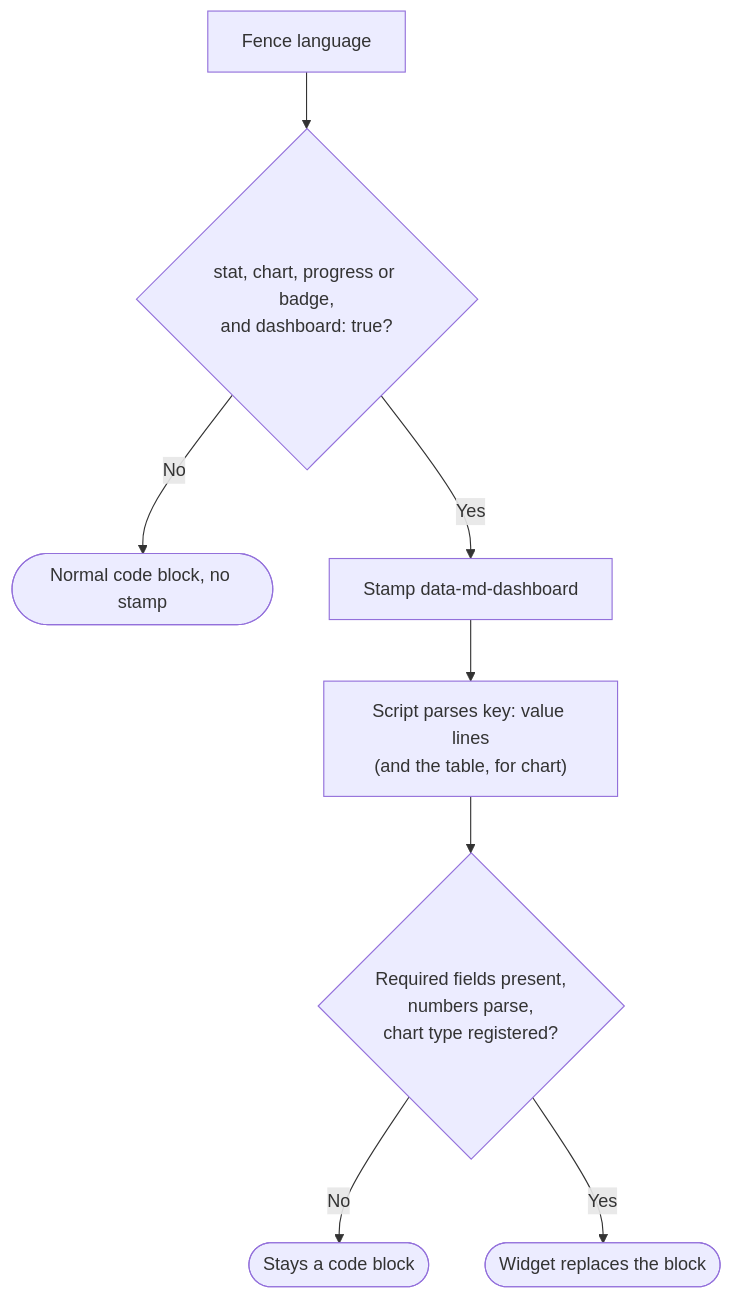
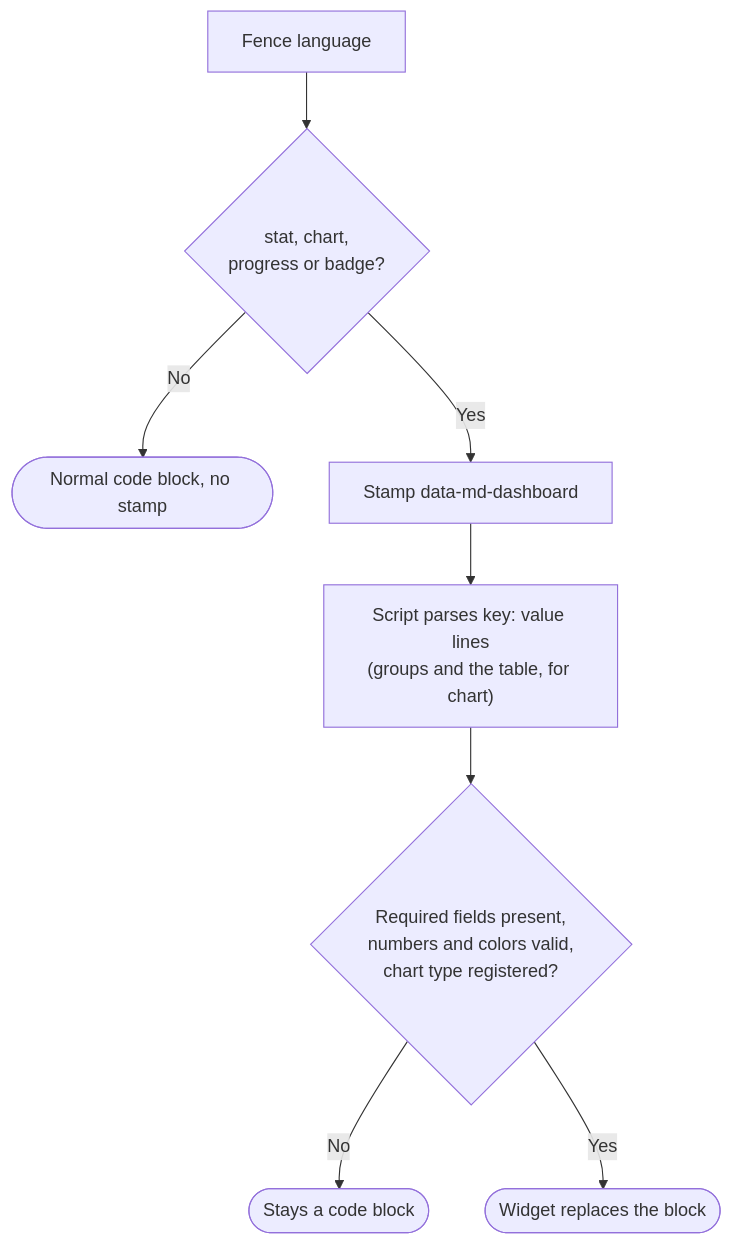
The fifth of 5 diagrams in docs/features/markdown-dashboard.md (bluzky/daisy-app), drawn with Mermaid before and after one commit. The commit also changed other lines of this file and 10 other files, not shown here.

First line of the commit message:
Add ring progress and a value text template

````diff
--- a/docs/features/markdown-dashboard.md
+++ b/docs/features/markdown-dashboard.md
@@ -221,10 +257,10 @@
 ```mermaid
 flowchart TD
-    A["Fence language"] --> B{"stat, chart, progress or badge,<br/>and dashboard: true?"}
+    A["Fence language"] --> B{"stat, chart,<br/>progress or badge?"}
     B -- No --> C(["Normal code block, no stamp"])
     B -- Yes --> D["Stamp data-md-dashboard"]
-    D --> E["Script parses key: value lines<br/>(and the table, for chart)"]
-    E --> F{"Required fields present,<br/>numbers parse,<br/>chart type registered?"}
+    D --> E["Script parses key: value lines<br/>(groups and the table, for chart)"]
+    E --> F{"Required fields present,<br/>numbers and colors valid,<br/>chart type registered?"}
     F -- No --> G(["Stays a code block"])
     F -- Yes --> H(["Widget replaces the block"])
 ```
````
